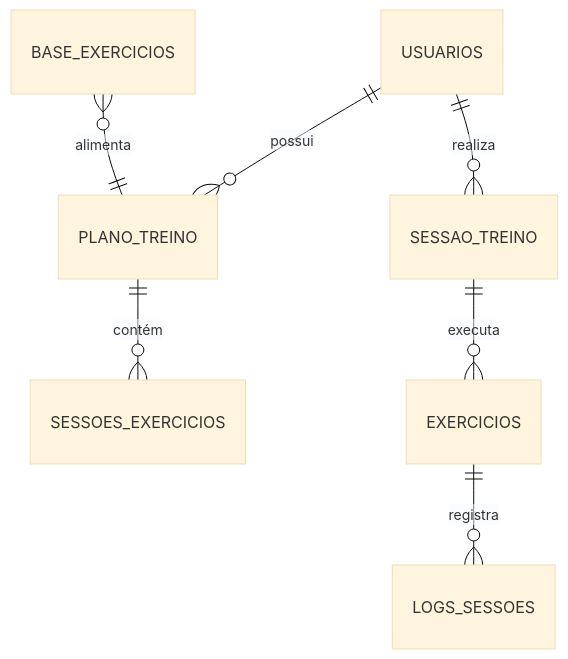
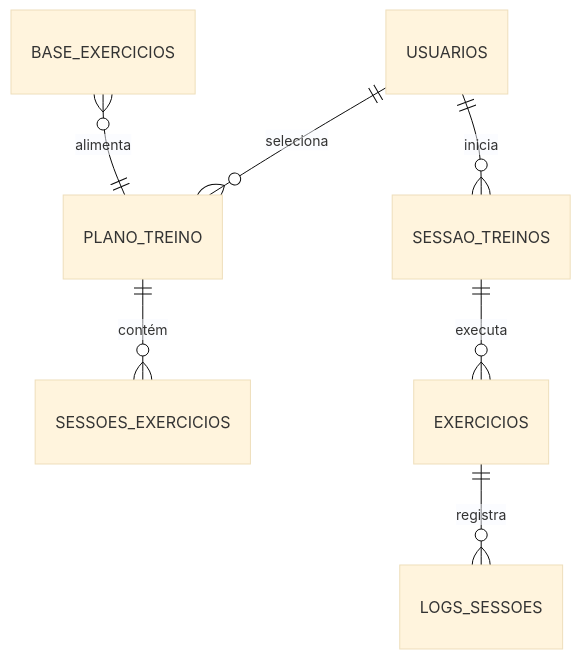
The diagram in DATABASE_SCHEMA.md (pafferreira/benfit-treinos), drawn with Mermaid (base theme) before and after one commit. The commit also changed 14 other files, not shown here.

````diff
--- a/DATABASE_SCHEMA.md
+++ b/DATABASE_SCHEMA.md
@@ -7,9 +7,9 @@
 ```mermaid
 erDiagram
-    USUARIOS ||--o{ PLANO_TREINO : "possui"
-    USUARIOS ||--o{ SESSAO_TREINO : "realiza"
+    USUARIOS ||--o{ PLANO_TREINO : "seleciona"
+    USUARIOS ||--o{ SESSAO_TREINOS : "inicia"
     PLANO_TREINO ||--o{ SESSOES_EXERCICIOS : "contém"
-    SESSAO_TREINO ||--o{ EXERCICIOS : "executa"
+    SESSAO_TREINOS ||--o{ EXERCICIOS : "executa"
     EXERCICIOS ||--o{ LOGS_SESSOES : "registra"
     BASE_EXERCICIOS }o--|| PLANO_TREINO : alimenta
 ```
````
